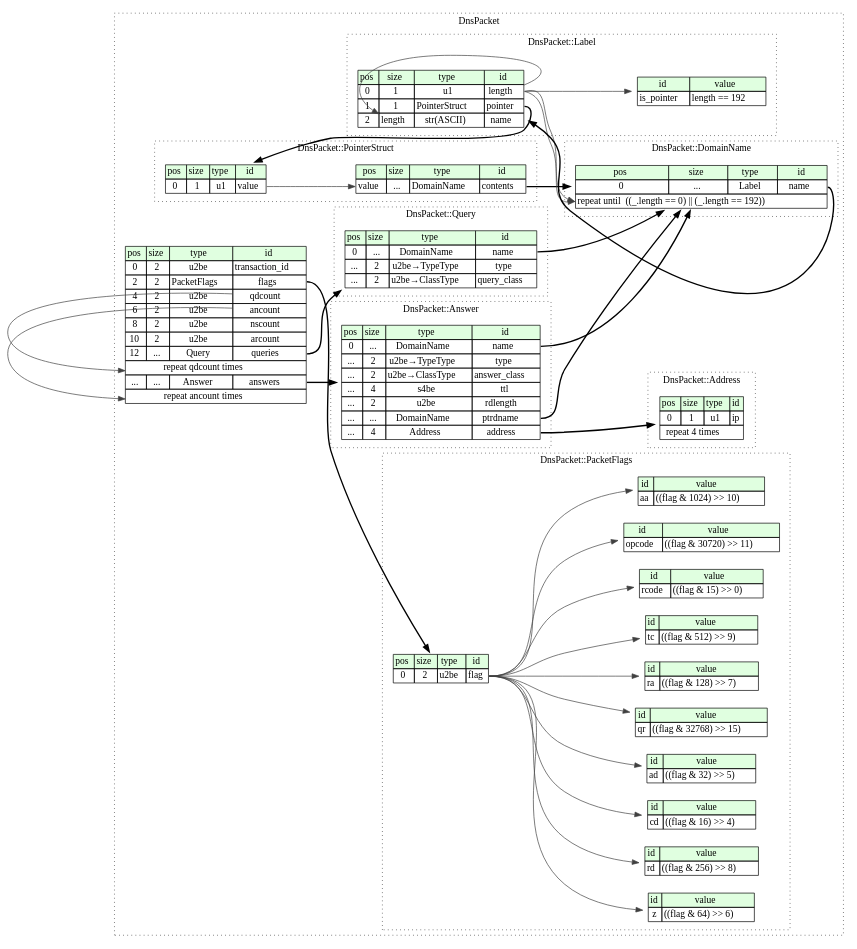
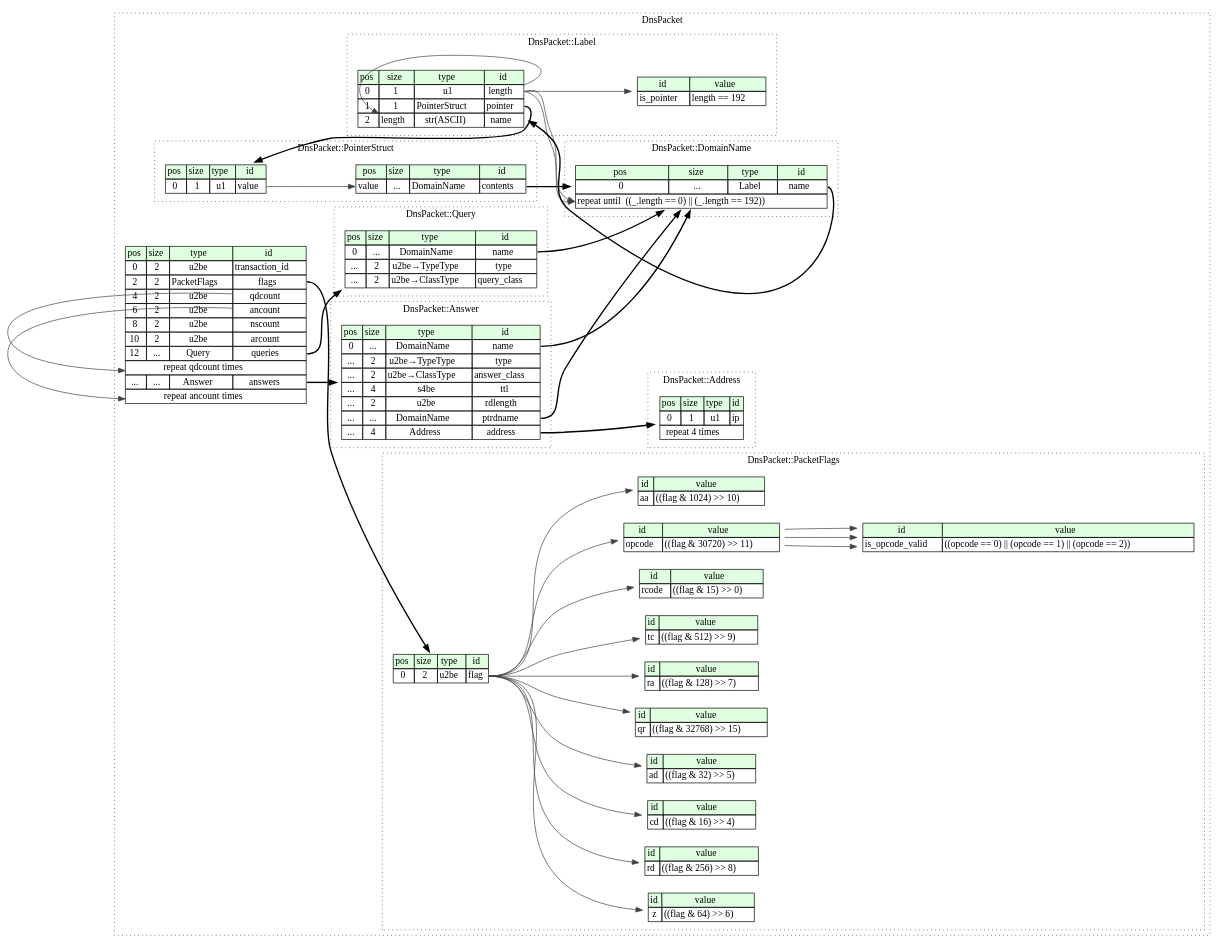
Before and after one commit to kaitai-io/formats-kaitai-io.github.io: the diagram in dns_packet/src/graphviz/dns_packet.dot, drawn with Graphviz. The commit also changed 29 other files, not shown here.

```diff
--- a/dns_packet/src/graphviz/dns_packet.dot
+++ b/dns_packet/src/graphviz/dns_packet.dot
@@ -1,172 +1,179 @@
 digraph {
 	rankdir=LR;
 	node [shape=plaintext];
 	subgraph cluster__dns_packet {
 		label="DnsPacket";
 		graph[style=dotted];
 
 		dns_packet__seq [label=<<TABLE BORDER="0" CELLBORDER="1" CELLSPACING="0">
 			<TR><TD BGCOLOR="#E0FFE0">pos</TD><TD BGCOLOR="#E0FFE0">size</TD><TD BGCOLOR="#E0FFE0">type</TD><TD BGCOLOR="#E0FFE0">id</TD></TR>
 			<TR><TD PORT="transaction_id_pos">0</TD><TD PORT="transaction_id_size">2</TD><TD>u2be</TD><TD PORT="transaction_id_type">transaction_id</TD></TR>
 			<TR><TD PORT="flags_pos">2</TD><TD PORT="flags_size">2</TD><TD>PacketFlags</TD><TD PORT="flags_type">flags</TD></TR>
 			<TR><TD PORT="qdcount_pos">4</TD><TD PORT="qdcount_size">2</TD><TD>u2be</TD><TD PORT="qdcount_type">qdcount</TD></TR>
 			<TR><TD PORT="ancount_pos">6</TD><TD PORT="ancount_size">2</TD><TD>u2be</TD><TD PORT="ancount_type">ancount</TD></TR>
 			<TR><TD PORT="nscount_pos">8</TD><TD PORT="nscount_size">2</TD><TD>u2be</TD><TD PORT="nscount_type">nscount</TD></TR>
 			<TR><TD PORT="arcount_pos">10</TD><TD PORT="arcount_size">2</TD><TD>u2be</TD><TD PORT="arcount_type">arcount</TD></TR>
 			<TR><TD PORT="queries_pos">12</TD><TD PORT="queries_size">...</TD><TD>Query</TD><TD PORT="queries_type">queries</TD></TR>
 			<TR><TD COLSPAN="4" PORT="queries__repeat">repeat qdcount times</TD></TR>
 			<TR><TD PORT="answers_pos">...</TD><TD PORT="answers_size">...</TD><TD>Answer</TD><TD PORT="answers_type">answers</TD></TR>
 			<TR><TD COLSPAN="4" PORT="answers__repeat">repeat ancount times</TD></TR>
 		</TABLE>>];
 		subgraph cluster__pointer_struct {
 			label="DnsPacket::PointerStruct";
 			graph[style=dotted];
 
 			pointer_struct__seq [label=<<TABLE BORDER="0" CELLBORDER="1" CELLSPACING="0">
 				<TR><TD BGCOLOR="#E0FFE0">pos</TD><TD BGCOLOR="#E0FFE0">size</TD><TD BGCOLOR="#E0FFE0">type</TD><TD BGCOLOR="#E0FFE0">id</TD></TR>
 				<TR><TD PORT="value_pos">0</TD><TD PORT="value_size">1</TD><TD>u1</TD><TD PORT="value_type">value</TD></TR>
 			</TABLE>>];
 			pointer_struct__inst__contents [label=<<TABLE BORDER="0" CELLBORDER="1" CELLSPACING="0">
 				<TR><TD BGCOLOR="#E0FFE0">pos</TD><TD BGCOLOR="#E0FFE0">size</TD><TD BGCOLOR="#E0FFE0">type</TD><TD BGCOLOR="#E0FFE0">id</TD></TR>
 				<TR><TD PORT="contents_pos">value</TD><TD PORT="contents_size">...</TD><TD>DomainName</TD><TD PORT="contents_type">contents</TD></TR>
 			</TABLE>>];
 		}
 		subgraph cluster__label {
 			label="DnsPacket::Label";
 			graph[style=dotted];
 
 			label__seq [label=<<TABLE BORDER="0" CELLBORDER="1" CELLSPACING="0">
 				<TR><TD BGCOLOR="#E0FFE0">pos</TD><TD BGCOLOR="#E0FFE0">size</TD><TD BGCOLOR="#E0FFE0">type</TD><TD BGCOLOR="#E0FFE0">id</TD></TR>
 				<TR><TD PORT="length_pos">0</TD><TD PORT="length_size">1</TD><TD>u1</TD><TD PORT="length_type">length</TD></TR>
 				<TR><TD PORT="pointer_pos">1</TD><TD PORT="pointer_size">1</TD><TD>PointerStruct</TD><TD PORT="pointer_type">pointer</TD></TR>
 				<TR><TD PORT="name_pos">2</TD><TD PORT="name_size">length</TD><TD>str(ASCII)</TD><TD PORT="name_type">name</TD></TR>
 			</TABLE>>];
 			label__inst__is_pointer [label=<<TABLE BORDER="0" CELLBORDER="1" CELLSPACING="0">
 				<TR><TD BGCOLOR="#E0FFE0">id</TD><TD BGCOLOR="#E0FFE0">value</TD></TR>
 				<TR><TD>is_pointer</TD><TD>length == 192</TD></TR>
 			</TABLE>>];
 		}
 		subgraph cluster__query {
 			label="DnsPacket::Query";
 			graph[style=dotted];
 
 			query__seq [label=<<TABLE BORDER="0" CELLBORDER="1" CELLSPACING="0">
 				<TR><TD BGCOLOR="#E0FFE0">pos</TD><TD BGCOLOR="#E0FFE0">size</TD><TD BGCOLOR="#E0FFE0">type</TD><TD BGCOLOR="#E0FFE0">id</TD></TR>
 				<TR><TD PORT="name_pos">0</TD><TD PORT="name_size">...</TD><TD>DomainName</TD><TD PORT="name_type">name</TD></TR>
 				<TR><TD PORT="type_pos">...</TD><TD PORT="type_size">2</TD><TD>u2be→TypeType</TD><TD PORT="type_type">type</TD></TR>
 				<TR><TD PORT="query_class_pos">...</TD><TD PORT="query_class_size">2</TD><TD>u2be→ClassType</TD><TD PORT="query_class_type">query_class</TD></TR>
 			</TABLE>>];
 		}
 		subgraph cluster__domain_name {
 			label="DnsPacket::DomainName";
 			graph[style=dotted];
 
 			domain_name__seq [label=<<TABLE BORDER="0" CELLBORDER="1" CELLSPACING="0">
 				<TR><TD BGCOLOR="#E0FFE0">pos</TD><TD BGCOLOR="#E0FFE0">size</TD><TD BGCOLOR="#E0FFE0">type</TD><TD BGCOLOR="#E0FFE0">id</TD></TR>
 				<TR><TD PORT="name_pos">0</TD><TD PORT="name_size">...</TD><TD>Label</TD><TD PORT="name_type">name</TD></TR>
 				<TR><TD COLSPAN="4" PORT="name__repeat">repeat until  ((_.length == 0) || (_.length == 192)) </TD></TR>
 			</TABLE>>];
 		}
 		subgraph cluster__address {
 			label="DnsPacket::Address";
 			graph[style=dotted];
 
 			address__seq [label=<<TABLE BORDER="0" CELLBORDER="1" CELLSPACING="0">
 				<TR><TD BGCOLOR="#E0FFE0">pos</TD><TD BGCOLOR="#E0FFE0">size</TD><TD BGCOLOR="#E0FFE0">type</TD><TD BGCOLOR="#E0FFE0">id</TD></TR>
 				<TR><TD PORT="ip_pos">0</TD><TD PORT="ip_size">1</TD><TD>u1</TD><TD PORT="ip_type">ip</TD></TR>
 				<TR><TD COLSPAN="4" PORT="ip__repeat">repeat 4 times</TD></TR>
 			</TABLE>>];
 		}
 		subgraph cluster__answer {
 			label="DnsPacket::Answer";
 			graph[style=dotted];
 
 			answer__seq [label=<<TABLE BORDER="0" CELLBORDER="1" CELLSPACING="0">
 				<TR><TD BGCOLOR="#E0FFE0">pos</TD><TD BGCOLOR="#E0FFE0">size</TD><TD BGCOLOR="#E0FFE0">type</TD><TD BGCOLOR="#E0FFE0">id</TD></TR>
 				<TR><TD PORT="name_pos">0</TD><TD PORT="name_size">...</TD><TD>DomainName</TD><TD PORT="name_type">name</TD></TR>
 				<TR><TD PORT="type_pos">...</TD><TD PORT="type_size">2</TD><TD>u2be→TypeType</TD><TD PORT="type_type">type</TD></TR>
 				<TR><TD PORT="answer_class_pos">...</TD><TD PORT="answer_class_size">2</TD><TD>u2be→ClassType</TD><TD PORT="answer_class_type">answer_class</TD></TR>
 				<TR><TD PORT="ttl_pos">...</TD><TD PORT="ttl_size">4</TD><TD>s4be</TD><TD PORT="ttl_type">ttl</TD></TR>
 				<TR><TD PORT="rdlength_pos">...</TD><TD PORT="rdlength_size">2</TD><TD>u2be</TD><TD PORT="rdlength_type">rdlength</TD></TR>
 				<TR><TD PORT="ptrdname_pos">...</TD><TD PORT="ptrdname_size">...</TD><TD>DomainName</TD><TD PORT="ptrdname_type">ptrdname</TD></TR>
 				<TR><TD PORT="address_pos">...</TD><TD PORT="address_size">4</TD><TD>Address</TD><TD PORT="address_type">address</TD></TR>
 			</TABLE>>];
 		}
 		subgraph cluster__packet_flags {
 			label="DnsPacket::PacketFlags";
 			graph[style=dotted];
 
 			packet_flags__seq [label=<<TABLE BORDER="0" CELLBORDER="1" CELLSPACING="0">
 				<TR><TD BGCOLOR="#E0FFE0">pos</TD><TD BGCOLOR="#E0FFE0">size</TD><TD BGCOLOR="#E0FFE0">type</TD><TD BGCOLOR="#E0FFE0">id</TD></TR>
 				<TR><TD PORT="flag_pos">0</TD><TD PORT="flag_size">2</TD><TD>u2be</TD><TD PORT="flag_type">flag</TD></TR>
 			</TABLE>>];
 			packet_flags__inst__qr [label=<<TABLE BORDER="0" CELLBORDER="1" CELLSPACING="0">
 				<TR><TD BGCOLOR="#E0FFE0">id</TD><TD BGCOLOR="#E0FFE0">value</TD></TR>
 				<TR><TD>qr</TD><TD>((flag &amp; 32768) &gt;&gt; 15)</TD></TR>
 			</TABLE>>];
 			packet_flags__inst__ra [label=<<TABLE BORDER="0" CELLBORDER="1" CELLSPACING="0">
 				<TR><TD BGCOLOR="#E0FFE0">id</TD><TD BGCOLOR="#E0FFE0">value</TD></TR>
 				<TR><TD>ra</TD><TD>((flag &amp; 128) &gt;&gt; 7)</TD></TR>
 			</TABLE>>];
 			packet_flags__inst__tc [label=<<TABLE BORDER="0" CELLBORDER="1" CELLSPACING="0">
 				<TR><TD BGCOLOR="#E0FFE0">id</TD><TD BGCOLOR="#E0FFE0">value</TD></TR>
 				<TR><TD>tc</TD><TD>((flag &amp; 512) &gt;&gt; 9)</TD></TR>
 			</TABLE>>];
+			packet_flags__inst__is_opcode_valid [label=<<TABLE BORDER="0" CELLBORDER="1" CELLSPACING="0">
+				<TR><TD BGCOLOR="#E0FFE0">id</TD><TD BGCOLOR="#E0FFE0">value</TD></TR>
+				<TR><TD>is_opcode_valid</TD><TD> ((opcode == 0) || (opcode == 1) || (opcode == 2)) </TD></TR>
+			</TABLE>>];
 			packet_flags__inst__rcode [label=<<TABLE BORDER="0" CELLBORDER="1" CELLSPACING="0">
 				<TR><TD BGCOLOR="#E0FFE0">id</TD><TD BGCOLOR="#E0FFE0">value</TD></TR>
 				<TR><TD>rcode</TD><TD>((flag &amp; 15) &gt;&gt; 0)</TD></TR>
 			</TABLE>>];
 			packet_flags__inst__opcode [label=<<TABLE BORDER="0" CELLBORDER="1" CELLSPACING="0">
 				<TR><TD BGCOLOR="#E0FFE0">id</TD><TD BGCOLOR="#E0FFE0">value</TD></TR>
 				<TR><TD>opcode</TD><TD>((flag &amp; 30720) &gt;&gt; 11)</TD></TR>
 			</TABLE>>];
 			packet_flags__inst__aa [label=<<TABLE BORDER="0" CELLBORDER="1" CELLSPACING="0">
 				<TR><TD BGCOLOR="#E0FFE0">id</TD><TD BGCOLOR="#E0FFE0">value</TD></TR>
 				<TR><TD>aa</TD><TD>((flag &amp; 1024) &gt;&gt; 10)</TD></TR>
 			</TABLE>>];
 			packet_flags__inst__z [label=<<TABLE BORDER="0" CELLBORDER="1" CELLSPACING="0">
 				<TR><TD BGCOLOR="#E0FFE0">id</TD><TD BGCOLOR="#E0FFE0">value</TD></TR>
 				<TR><TD>z</TD><TD>((flag &amp; 64) &gt;&gt; 6)</TD></TR>
 			</TABLE>>];
 			packet_flags__inst__rd [label=<<TABLE BORDER="0" CELLBORDER="1" CELLSPACING="0">
 				<TR><TD BGCOLOR="#E0FFE0">id</TD><TD BGCOLOR="#E0FFE0">value</TD></TR>
 				<TR><TD>rd</TD><TD>((flag &amp; 256) &gt;&gt; 8)</TD></TR>
 			</TABLE>>];
 			packet_flags__inst__cd [label=<<TABLE BORDER="0" CELLBORDER="1" CELLSPACING="0">
 				<TR><TD BGCOLOR="#E0FFE0">id</TD><TD BGCOLOR="#E0FFE0">value</TD></TR>
 				<TR><TD>cd</TD><TD>((flag &amp; 16) &gt;&gt; 4)</TD></TR>
 			</TABLE>>];
 			packet_flags__inst__ad [label=<<TABLE BORDER="0" CELLBORDER="1" CELLSPACING="0">
 				<TR><TD BGCOLOR="#E0FFE0">id</TD><TD BGCOLOR="#E0FFE0">value</TD></TR>
 				<TR><TD>ad</TD><TD>((flag &amp; 32) &gt;&gt; 5)</TD></TR>
 			</TABLE>>];
 		}
 	}
 	dns_packet__seq:flags_type -> packet_flags__seq [style=bold];
 	dns_packet__seq:queries_type -> query__seq [style=bold];
 	dns_packet__seq:qdcount_type -> dns_packet__seq:queries__repeat [color="#404040"];
 	dns_packet__seq:answers_type -> answer__seq [style=bold];
 	dns_packet__seq:ancount_type -> dns_packet__seq:answers__repeat [color="#404040"];
 	pointer_struct__seq:value_type -> pointer_struct__inst__contents:contents_pos [color="#404040"];
 	pointer_struct__inst__contents:contents_type -> domain_name__seq [style=bold];
 	label__seq:pointer_type -> pointer_struct__seq [style=bold];
 	label__seq:length_type -> label__seq:name_size [color="#404040"];
 	label__seq:length_type -> label__inst__is_pointer [color="#404040"];
 	query__seq:name_type -> domain_name__seq [style=bold];
 	domain_name__seq:name_type -> label__seq [style=bold];
 	label__seq:length_type -> domain_name__seq:name__repeat [color="#404040"];
 	label__seq:length_type -> domain_name__seq:name__repeat [color="#404040"];
 	answer__seq:name_type -> domain_name__seq [style=bold];
 	answer__seq:ptrdname_type -> domain_name__seq [style=bold];
 	answer__seq:address_type -> address__seq [style=bold];
 	packet_flags__seq:flag_type -> packet_flags__inst__qr [color="#404040"];
 	packet_flags__seq:flag_type -> packet_flags__inst__ra [color="#404040"];
 	packet_flags__seq:flag_type -> packet_flags__inst__tc [color="#404040"];
+	packet_flags__inst__opcode:opcode_type -> packet_flags__inst__is_opcode_valid [color="#404040"];
+	packet_flags__inst__opcode:opcode_type -> packet_flags__inst__is_opcode_valid [color="#404040"];
+	packet_flags__inst__opcode:opcode_type -> packet_flags__inst__is_opcode_valid [color="#404040"];
 	packet_flags__seq:flag_type -> packet_flags__inst__rcode [color="#404040"];
 	packet_flags__seq:flag_type -> packet_flags__inst__opcode [color="#404040"];
 	packet_flags__seq:flag_type -> packet_flags__inst__aa [color="#404040"];
 	packet_flags__seq:flag_type -> packet_flags__inst__z [color="#404040"];
 	packet_flags__seq:flag_type -> packet_flags__inst__rd [color="#404040"];
 	packet_flags__seq:flag_type -> packet_flags__inst__cd [color="#404040"];
 	packet_flags__seq:flag_type -> packet_flags__inst__ad [color="#404040"];
 }
```
